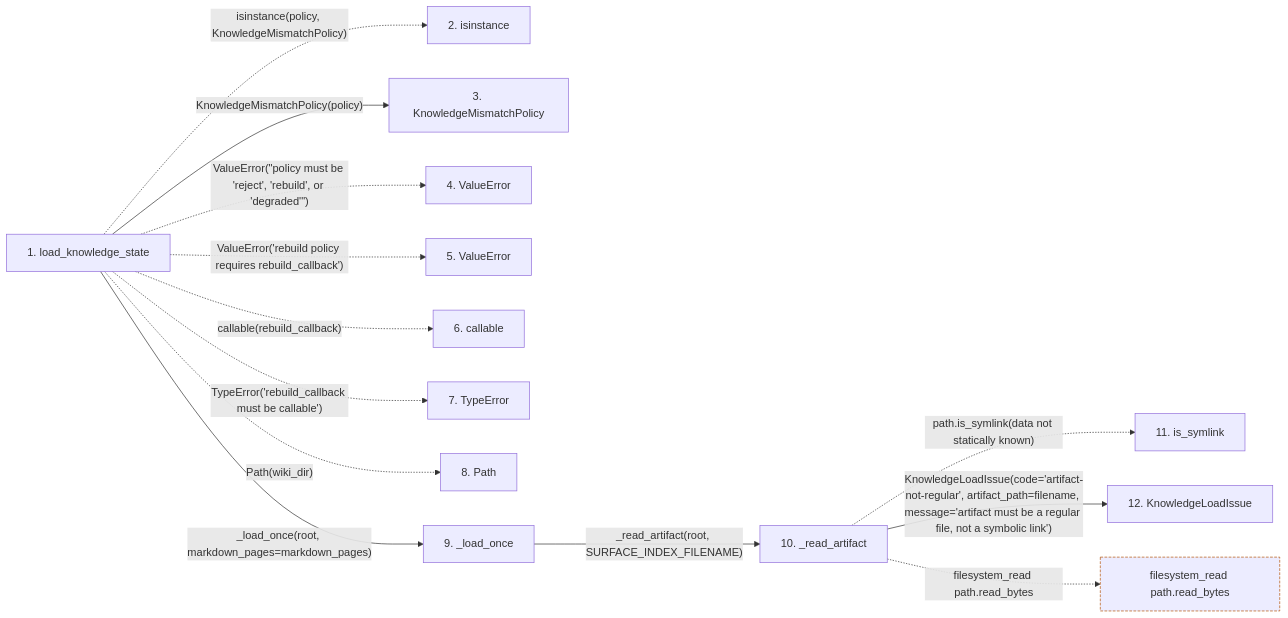
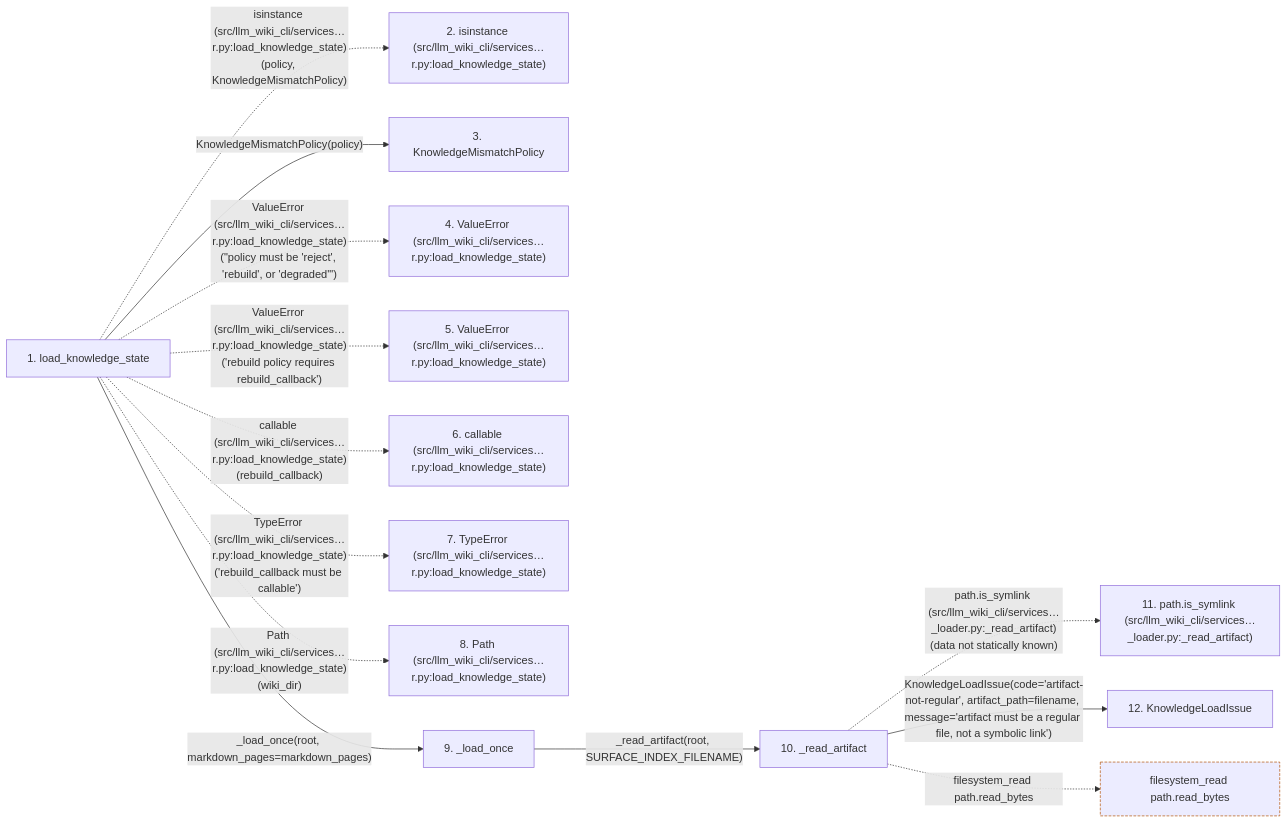
One commit to Denissvgn/python-wiki-llm changed the second of 2 diagrams in docs/llm_wiki/flows/api-load_knowledge_state.md. Above: the diagram before and after it, drawn with Mermaid. The commit also changed other lines of this file and 719 other files, not shown here.

````diff
--- a/docs/llm_wiki/flows/api-load_knowledge_state.md
+++ b/docs/llm_wiki/flows/api-load_knowledge_state.md
@@ -94,35 +96,35 @@
 ```mermaid
 flowchart LR
     s1["1. load_knowledge_state"]
-    s2["2. isinstance"]
+    s2["2. isinstance (src/llm_wiki_cli/services…r.py:load_knowledge_state)"]
     s3["3. KnowledgeMismatchPolicy"]
-    s4["4. ValueError"]
-    s5["5. ValueError"]
-    s6["6. callable"]
-    s7["7. TypeError"]
-    s8["8. Path"]
+    s4["4. ValueError (src/llm_wiki_cli/services…r.py:load_knowledge_state)"]
+    s5["5. ValueError (src/llm_wiki_cli/services…r.py:load_knowledge_state)"]
+    s6["6. callable (src/llm_wiki_cli/services…r.py:load_knowledge_state)"]
+    s7["7. TypeError (src/llm_wiki_cli/services…r.py:load_knowledge_state)"]
+    s8["8. Path (src/llm_wiki_cli/services…r.py:load_knowledge_state)"]
     s9["9. _load_once"]
     s10["10. _read_artifact"]
-    s11["11. is_symlink"]
+    s11["11. path.is_symlink (src/llm_wiki_cli/services…_loader.py:_read_artifact)"]
     s12["12. KnowledgeLoadIssue"]
-    s1 -. "isinstance(policy, KnowledgeMismatchPolicy)" .-> s2
+    s1 -. "isinstance (src/llm_wiki_cli/services…r.py:load_knowledge_state)(policy, KnowledgeMismatchPolicy)" .-> s2
     s1 -->|"KnowledgeMismatchPolicy(policy)"| s3
-    s1 -. "ValueError(#34;policy must be 'reject', 'rebuild', or 'degraded'#34;)" .-> s4
-    s1 -. "ValueError('rebuild policy requires rebuild_callback')" .-> s5
-    s1 -. "callable(rebuild_callback)" .-> s6
-    s1 -. "TypeError('rebuild_callback must be callable')" .-> s7
-    s1 -. "Path(wiki_dir)" .-> s8
+    s1 -. "ValueError (src/llm_wiki_cli/services…r.py:load_knowledge_state)(#34;policy must be 'reject', 'rebuild', or 'degraded'#34;)" .-> s4
+    s1 -. "ValueError (src/llm_wiki_cli/services…r.py:load_knowledge_state)('rebuild policy requires rebuild_callback')" .-> s5
+    s1 -. "callable (src/llm_wiki_cli/services…r.py:load_knowledge_state)(rebuild_callback)" .-> s6
+    s1 -. "TypeError (src/llm_wiki_cli/services…r.py:load_knowledge_state)('rebuild_callback must be callable')" .-> s7
+    s1 -. "Path (src/llm_wiki_cli/services…r.py:load_knowledge_state)(wiki_dir)" .-> s8
     s1 -->|"_load_once(root, markdown_pages=markdown_pages)"| s9
     s9 -->|"_read_artifact(root, SURFACE_INDEX_FILENAME)"| s10
-    s10 -. "path.is_symlink(data not statically known)" .-> s11
+    s10 -. "path.is_symlink (src/llm_wiki_cli/services…_loader.py:_read_artifact)(data not statically known)" .-> s11
     s10 -->|"KnowledgeLoadIssue(code='artifact-not-regular', artifact_path=filename, message='artifact must be a regular file, not a symbolic link')"| s12
     b0["filesystem_read path.read_bytes"]
     s10 -. "filesystem_read path.read_bytes" .-> b0
     click s1 "../modules/knowledge_loader.md"
     click s3 "../modules/knowledge_loader.md"
     click s9 "../modules/knowledge_loader.md"
     click s10 "../modules/knowledge_loader.md"
     click s12 "../modules/knowledge_loader.md"
     classDef boundary stroke:#b45309,stroke-dasharray: 4 2
     class b0 boundary
 ```
````
